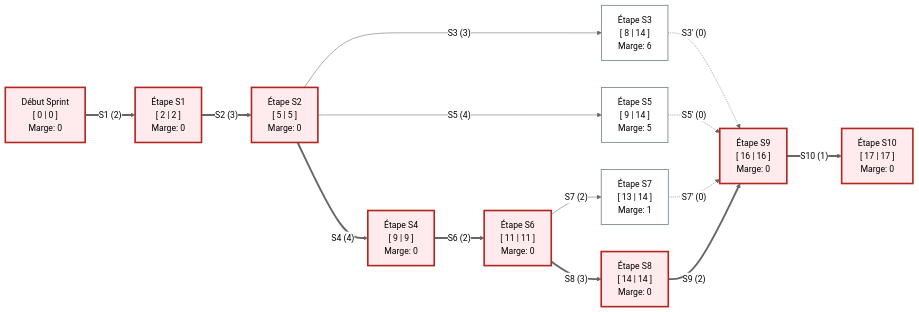
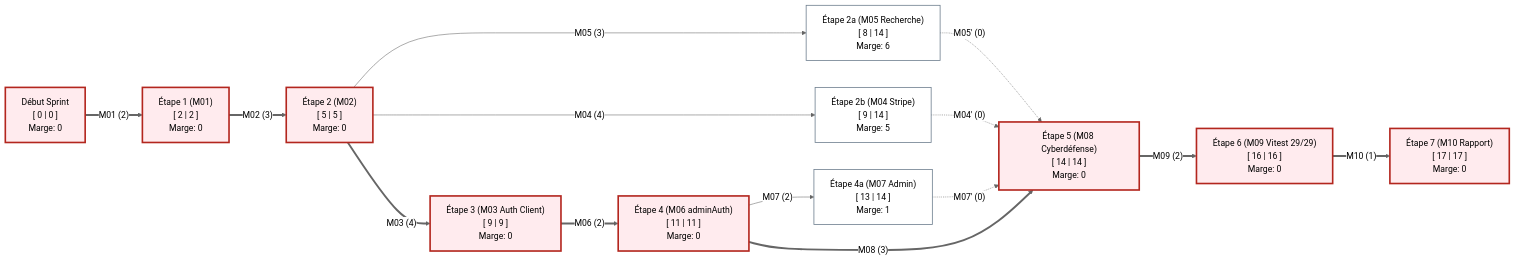
The sixth of 8 diagrams in README.md (Cherkaoui7/aurora_store), drawn with Mermaid (neutral theme) before and after one commit. The commit also changed other lines of this file and 2 other files, not shown here.

````diff
--- a/README.md
+++ b/README.md
@@ -496,31 +471,31 @@
 ```mermaid
 flowchart LR
     classDef critNode2 fill:#ffebee,stroke:#b3261e,stroke-width:3px;
     classDef floatNode2 fill:#ffffff,stroke:#708090,stroke-width:1.5px;
 
     Start2["Début Sprint<br/>[ 0 | 0 ]<br/>Marge: 0"]:::critNode2
-    NS1["Étape S1<br/>[ 2 | 2 ]<br/>Marge: 0"]:::critNode2
-    NS2["Étape S2<br/>[ 5 | 5 ]<br/>Marge: 0"]:::critNode2
-    NS3["Étape S3<br/>[ 8 | 14 ]<br/>Marge: 6"]:::floatNode2
-    NS4["Étape S4<br/>[ 9 | 9 ]<br/>Marge: 0"]:::critNode2
-    NS5["Étape S5<br/>[ 9 | 14 ]<br/>Marge: 5"]:::floatNode2
-    NS6["Étape S6<br/>[ 11 | 11 ]<br/>Marge: 0"]:::critNode2
-    NS7["Étape S7<br/>[ 13 | 14 ]<br/>Marge: 1"]:::floatNode2
-    NS8["Étape S8<br/>[ 14 | 14 ]<br/>Marge: 0"]:::critNode2
-    NS9["Étape S9<br/>[ 16 | 16 ]<br/>Marge: 0"]:::critNode2
-    NS10["Étape S10<br/>[ 17 | 17 ]<br/>Marge: 0"]:::critNode2
+    NM1["Étape 1 (M01)<br/>[ 2 | 2 ]<br/>Marge: 0"]:::critNode2
+    NM2["Étape 2 (M02)<br/>[ 5 | 5 ]<br/>Marge: 0"]:::critNode2
+    NM5["Étape 2a (M05 Recherche)<br/>[ 8 | 14 ]<br/>Marge: 6"]:::floatNode2
+    NM4["Étape 2b (M04 Stripe)<br/>[ 9 | 14 ]<br/>Marge: 5"]:::floatNode2
+    NM3["Étape 3 (M03 Auth Client)<br/>[ 9 | 9 ]<br/>Marge: 0"]:::critNode2
+    NM6["Étape 4 (M06 adminAuth)<br/>[ 11 | 11 ]<br/>Marge: 0"]:::critNode2
+    NM7["Étape 4a (M07 Admin)<br/>[ 13 | 14 ]<br/>Marge: 1"]:::floatNode2
+    NM8["Étape 5 (M08 Cyberdéfense)<br/>[ 14 | 14 ]<br/>Marge: 0"]:::critNode2
+    NM9["Étape 6 (M09 Vitest 29/29)<br/>[ 16 | 16 ]<br/>Marge: 0"]:::critNode2
+    NM10["Étape 7 (M10 Rapport)<br/>[ 17 | 17 ]<br/>Marge: 0"]:::critNode2
 
-    Start2 ==>|"S1 (2)"| NS1
-    NS1 ==>|"S2 (3)"| NS2
-    NS2 -->|"S3 (3)"| NS3
-    NS2 -->|"S5 (4)"| NS5
-    NS2 ==>|"S4 (4)"| NS4
-    NS4 ==>|"S6 (2)"| NS6
-    NS6 -->|"S7 (2)"| NS7
-    NS6 ==>|"S8 (3)"| NS8
-    NS3 -.->|"S3' (0)"| NS9
-    NS5 -.->|"S5' (0)"| NS9
-    NS7 -.->|"S7' (0)"| NS9
-    NS8 ==>|"S9 (2)"| NS9
-    NS9 ==>|"S10 (1)"| NS10
+    Start2 ==>|"M01 (2)"| NM1
+    NM1 ==>|"M02 (3)"| NM2
+    NM2 -->|"M05 (3)"| NM5
+    NM2 -->|"M04 (4)"| NM4
+    NM2 ==>|"M03 (4)"| NM3
+    NM3 ==>|"M06 (2)"| NM6
+    NM6 -->|"M07 (2)"| NM7
+    NM6 ==>|"M08 (3)"| NM8
+    NM5 -.->|"M05' (0)"| NM8
+    NM4 -.->|"M04' (0)"| NM8
+    NM7 -.->|"M07' (0)"| NM8
+    NM8 ==>|"M09 (2)"| NM9
+    NM9 ==>|"M10 (1)"| NM10
 ```
````
